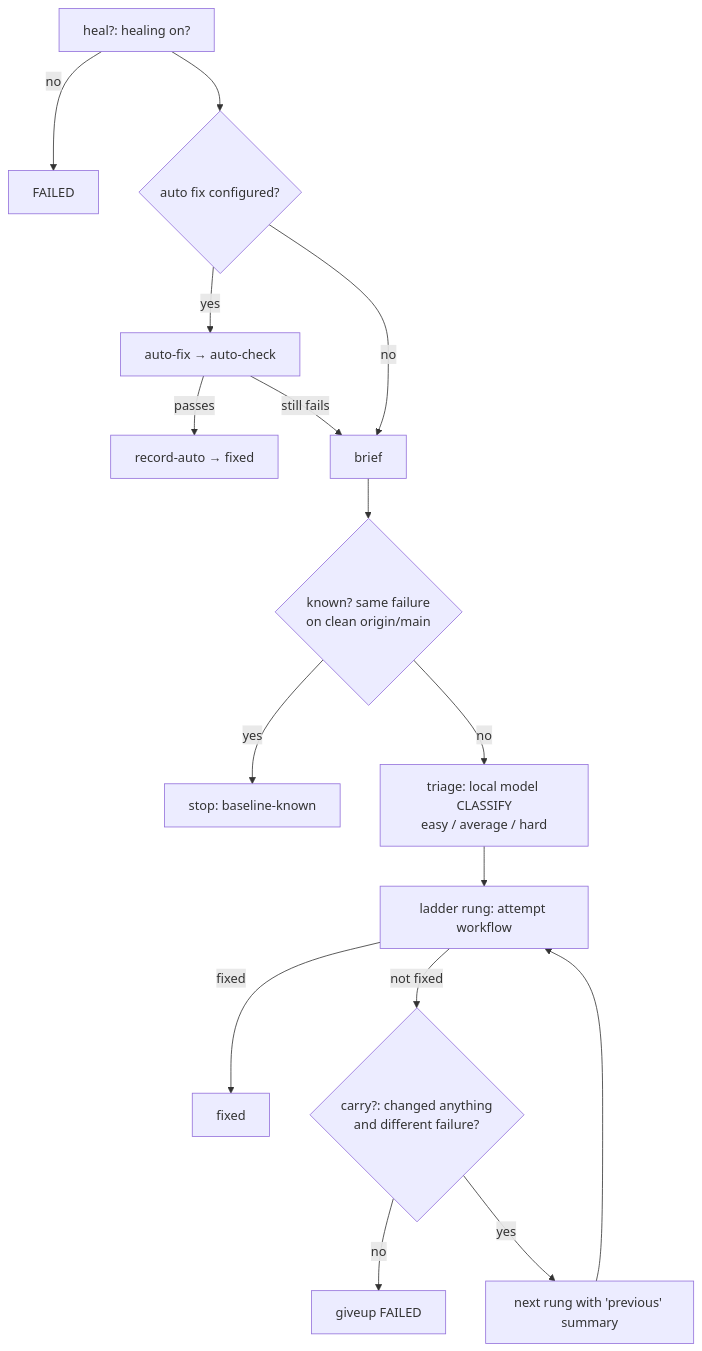
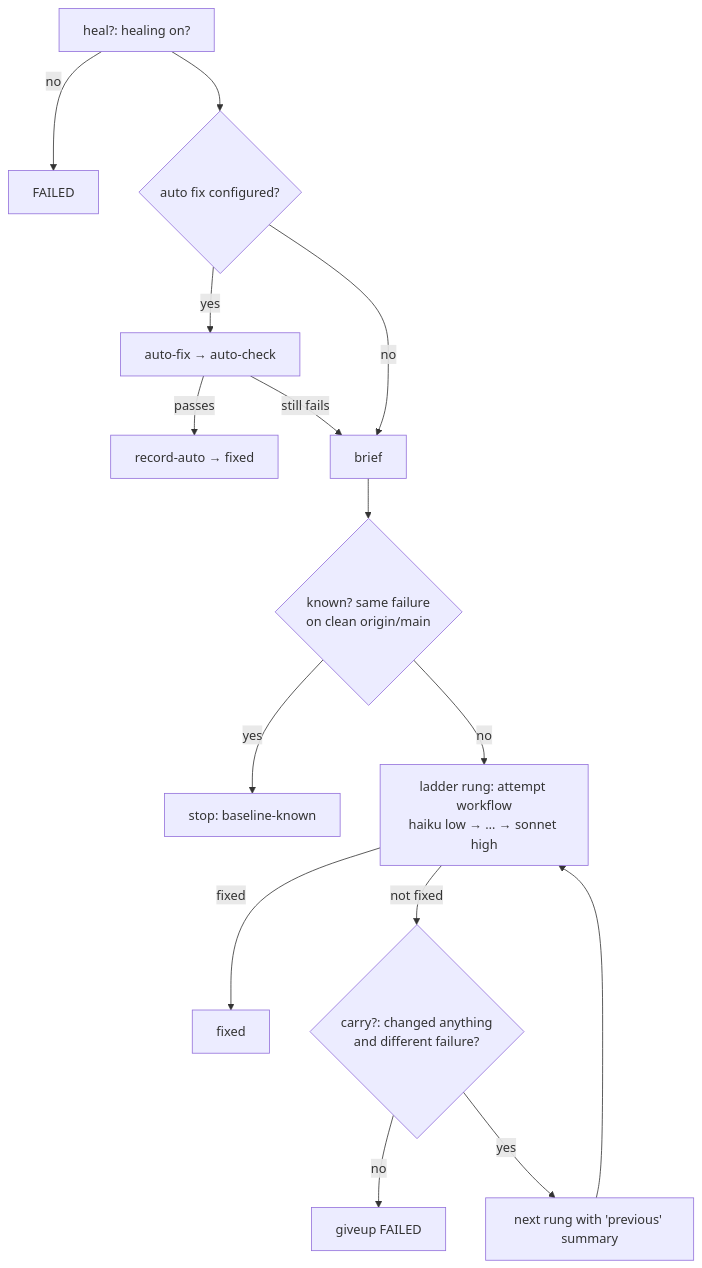
One commit to infenia/yukta-dogfood changed the fifth of 7 diagrams in ARCHITECTURE.md. Above: the diagram before and after it, drawn with Mermaid. The commit also changed other lines of this file and 15 other files, not shown here.

First line of the commit message:
feat(heal): a fixed ladder instead of the triage classifier

````diff
--- a/ARCHITECTURE.md
+++ b/ARCHITECTURE.md
@@ -314,18 +312,17 @@
 ```mermaid
 flowchart TD
   A[heal?: healing on?] -->|no| FAIL[FAILED]
   A --> B{auto fix configured?}
   B -->|yes| C[auto-fix → auto-check]
   C -->|passes| DONE[record-auto → fixed]
   C -->|still fails| D
   B -->|no| D[brief]
   D --> E{known? same failure<br/>on clean origin/main}
   E -->|yes| BASE[stop: baseline-known]
-  E -->|no| F[triage: local model CLASSIFY<br/>easy / average / hard]
-  F --> G[ladder rung: attempt workflow]
+  E -->|no| G[ladder rung: attempt workflow<br/>haiku low → … → sonnet high]
   G -->|fixed| DONE2[fixed]
   G -->|not fixed| H{carry?: changed anything<br/>and different failure?}
   H -->|no| GIVE[giveup FAILED]
   H -->|yes| I[next rung with 'previous' summary]
   I --> G
 ```
````
